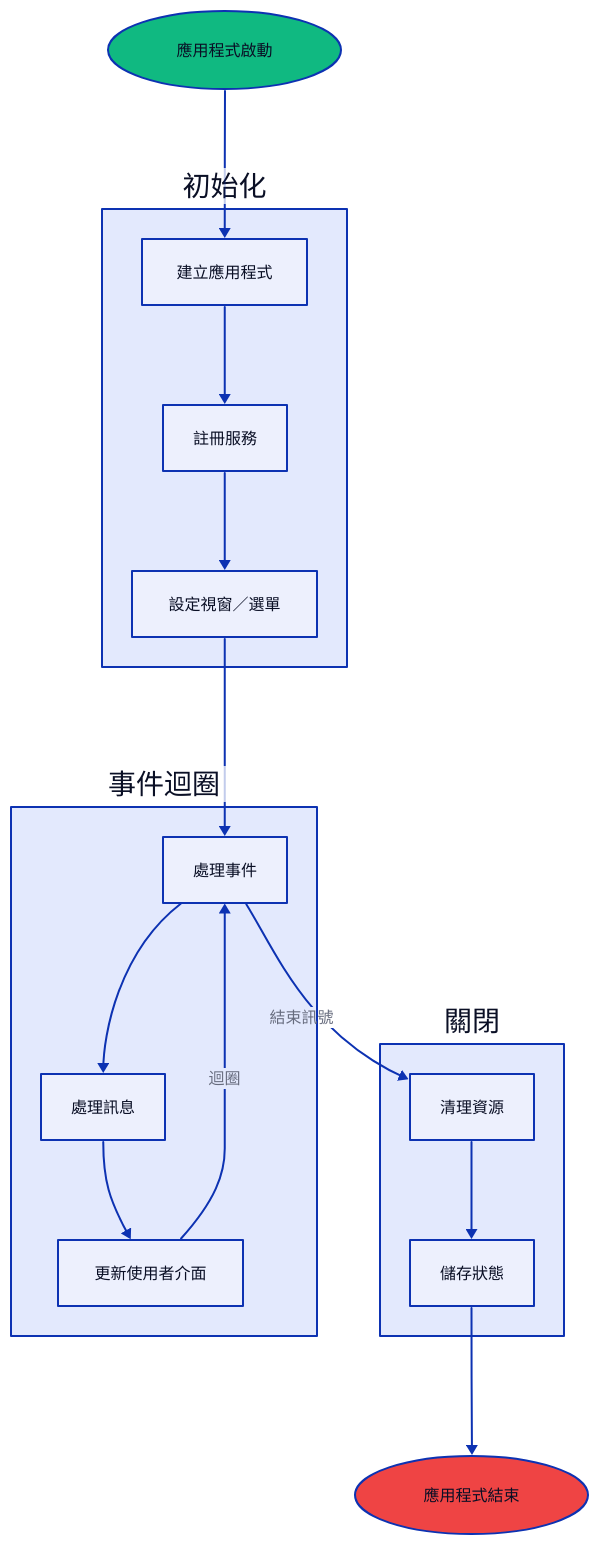
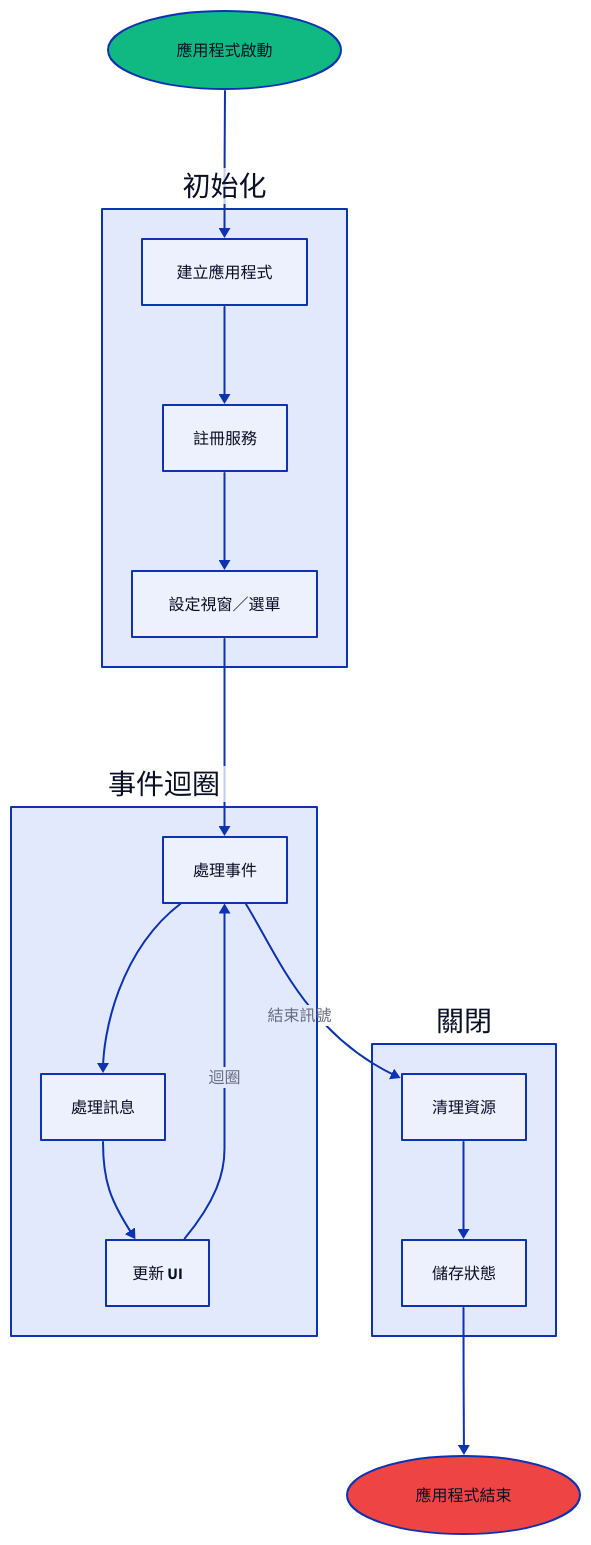
The fourth of 8 diagrams in docs/mpress/content/zh-tw/concepts/architecture.md (wailsapp/wails), drawn with D2 before and after one commit. The commit also changed other lines of this file and 1096 other files, not shown here.

````diff
--- a/docs/mpress/content/zh-tw/concepts/architecture.md
+++ b/docs/mpress/content/zh-tw/concepts/architecture.md
@@ -258,62 +258,62 @@
 ```d2
 direction: down
 
 Start: 應用程式啟動 {
   shape: oval
   style.fill: "#10B981"
 }
 
 Init: 初始化 {
   Create: 建立應用程式 {
     shape: rectangle
   }
 
   Register: 註冊服務 {
     shape: rectangle
   }
 
   Setup: 設定視窗／選單 {
     shape: rectangle
   }
 }
 
 Run: 事件迴圈 {
   Events: 處理事件 {
     shape: rectangle
   }
 
   Messages: 處理訊息 {
     shape: rectangle
   }
 
-  Render: 更新使用者介面 {
+  Render: 更新 UI {
     shape: rectangle
   }
 }
 
 Shutdown: 關閉 {
   Cleanup: 清理資源 {
     shape: rectangle
   }
 
   Save: 儲存狀態 {
     shape: rectangle
   }
 }
 
 End: 應用程式結束 {
   shape: oval
   style.fill: "#EF4444"
 }
 
 Start -> Init.Create
 Init.Create -> Init.Register
 Init.Register -> Init.Setup
 Init.Setup -> Run.Events
 Run.Events -> Run.Messages
 Run.Messages -> Run.Render
 Run.Render -> Run.Events: 迴圈
 Run.Events -> Shutdown.Cleanup: 結束訊號
 Shutdown.Cleanup -> Shutdown.Save
 Shutdown.Save -> End
 ```
````
